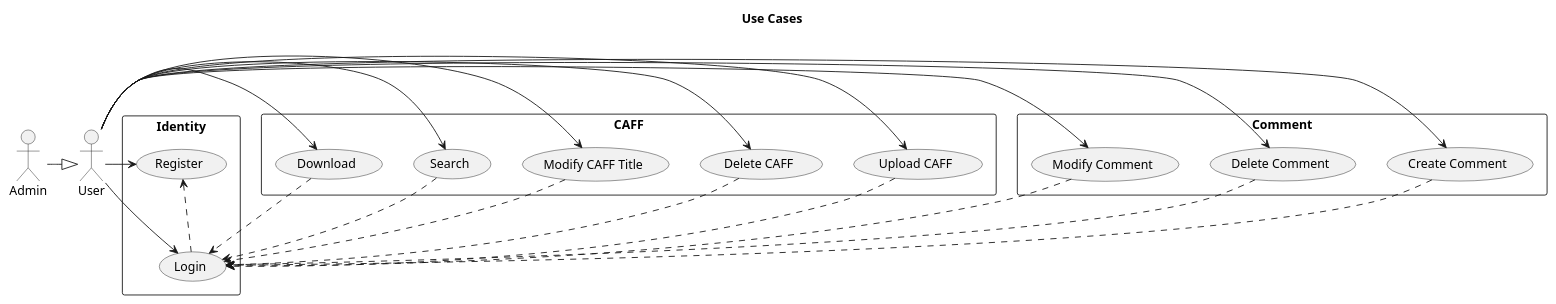
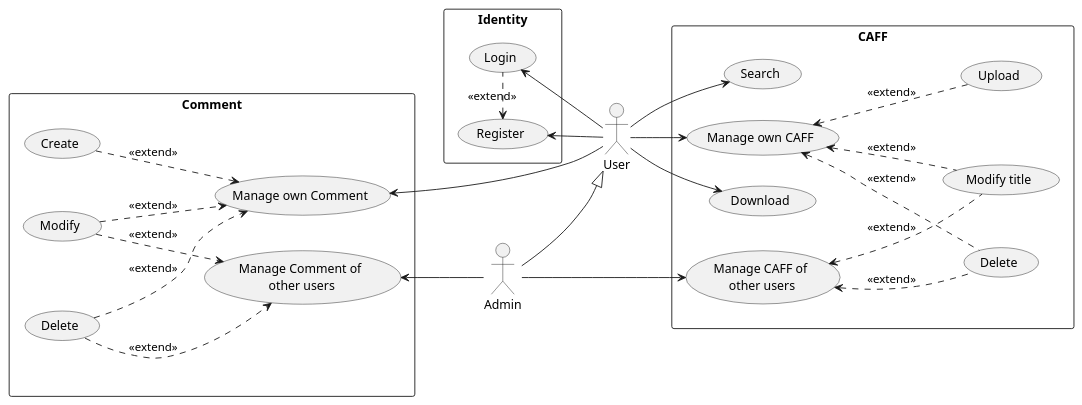
One commit to DRKV333/WannaCrySys changed the diagram in uml/usecase.puml. Above: the diagram before and after it, drawn with PlantUML.

Commit message:
Update use case diagram

```diff
--- a/uml/usecase.puml
+++ b/uml/usecase.puml
@@ -1,50 +1,39 @@
-@startuml usecases
-title Use Cases
+@startuml
+left to right direction
+:User: <|-up- :Admin:
 
-:Admin: -|> :User:
-
-rectangle Identity {
-    User -right-> (Register)
-
-    User -right-> (Login)
-    Login .up.> Register
+rectangle Identity{
+  User -up-> (Register)
+  User --> (Login)
+  (Login) .left.> (Register) : <<extend>>
 }
 
 rectangle CAFF {
-    (Upload CAFF) as Upload
-    User -right-> Upload
-    Upload ..> Login
-
-
-    (Delete CAFF) as DelCaff
-    User -right-> DelCaff
-    DelCaff ..> Login
-
-
-    (Modify CAFF Title) as ModCaff
-    User -right-> ModCaff
-    ModCaff ..> Login
-
-    User -right-> (Search)
-    Search ..> Login
-
-    User -right-> (Download)
-    Download ..> Login
+  User --> (Download)
+  User --> (Search)
+  (Manage own CAFF) as ManageOwnCAFF
+  (Manage CAFF of\n other users) as ManageOthersCAFF
+  User --> ManageOwnCAFF
+  (Upload) .up.> ManageOwnCAFF : <<extend>>
+  Admin --> ManageOthersCAFF
+  (Modify title) .up.> ManageOwnCAFF : <<extend>>
+  (Modify title) .up.> ManageOthersCAFF : <<extend>>
+  (Delete) as DeleteCAFF
+  DeleteCAFF .up.> ManageOwnCAFF : <<extend>>
+  DeleteCAFF .up.> ManageOthersCAFF : <<extend>>
 }
 
 rectangle Comment {
-    (Create Comment) as MakeComment
-    User -right-> MakeComment
-    MakeComment ..> Login
-
-    (Delete Comment) as DelComment
-    User -right-> DelComment
-    DelComment ..> Login
-
-
-    (Modify Comment) as ModComment
-    User -right-> ModComment
-    ModComment ..> Login
+  (Manage own Comment) as ManageOwnComment
+  (Manage Comment of\n other users) as ManageOthersComment
+  (Create) ..> ManageOwnComment : <<extend>>
+  (Modify) ..> ManageOwnComment : <<extend>>
+  (Modify) ..> ManageOthersComment : <<extend>>
+  (Delete) as DeleteComment
+  DeleteComment ..> ManageOwnComment : <<extend>>
+  DeleteComment ..> ManageOthersComment : <<extend>>
+  User -left-> ManageOwnComment
+  Admin -up-> ManageOthersComment
 }
 
 @enduml
```
